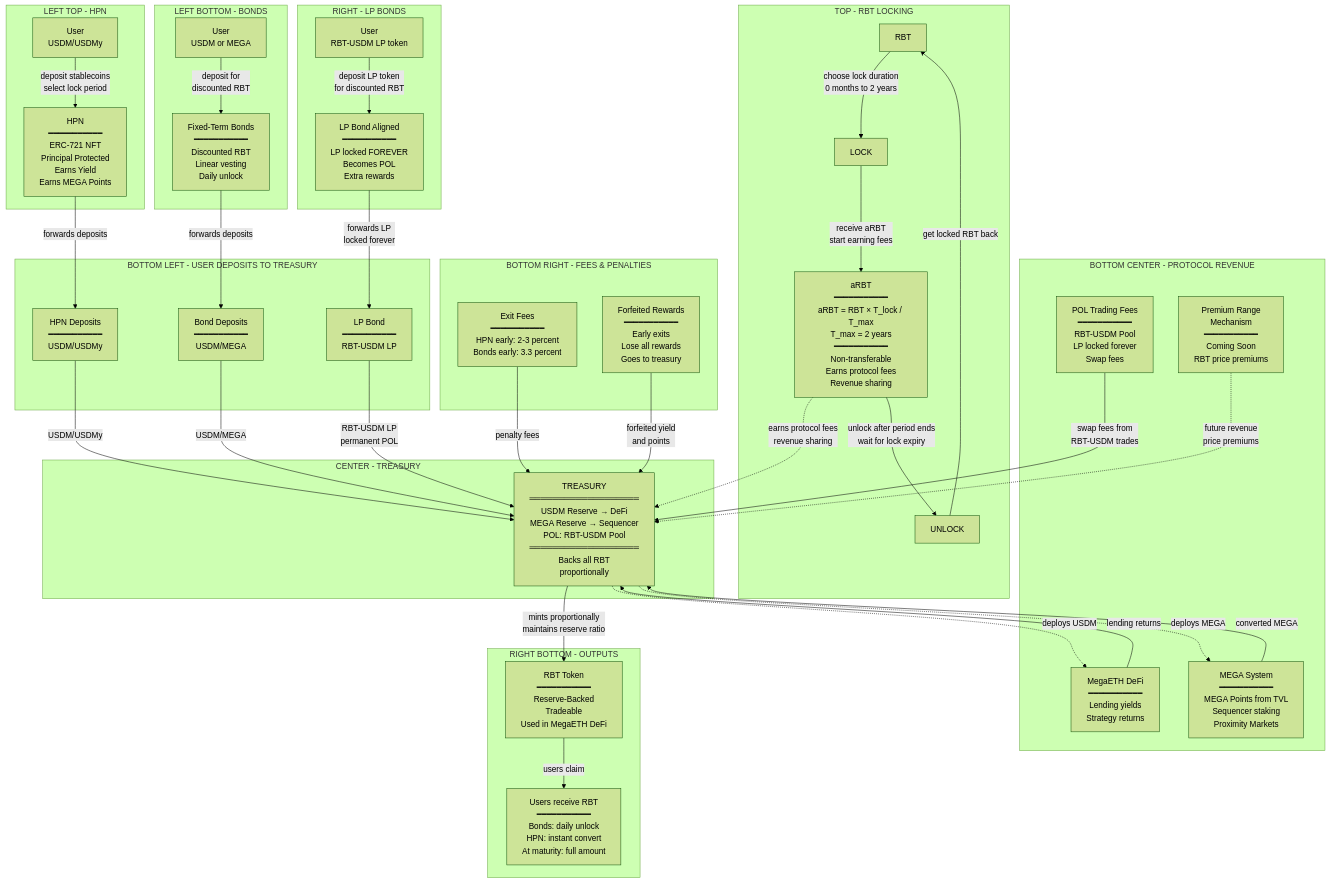
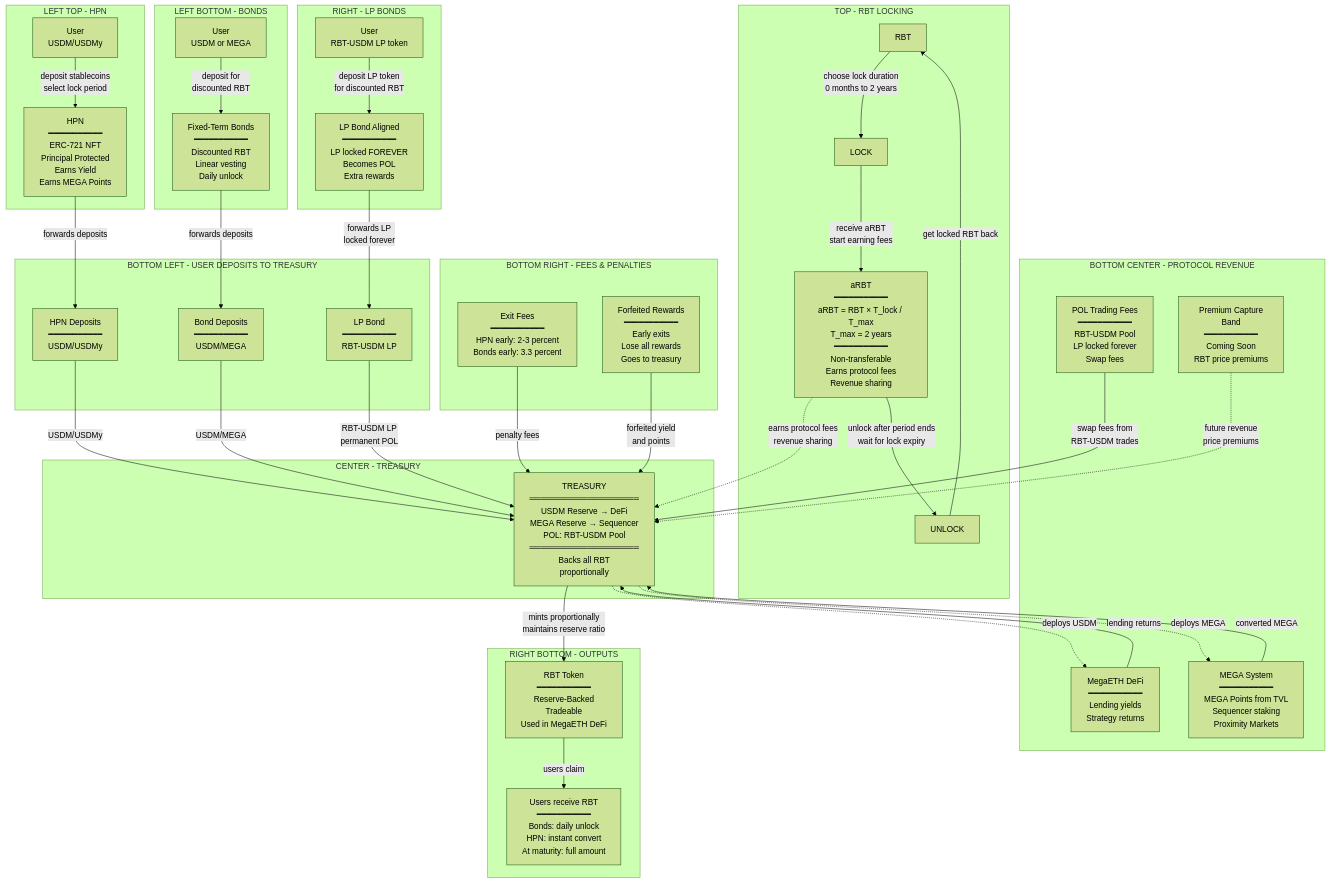
The first of 2 diagrams in blackhaven-complete-system.md (0xJaehaerys/ohmega), drawn with Mermaid (forest theme) before and after one commit. The commit also changed other lines of this file, not shown here.

Commit message:
Add detailed HPN diagram with all exit options and update PRM to PCB

```diff
--- a/blackhaven-complete-system.md
+++ b/blackhaven-complete-system.md
@@ -53,7 +53,7 @@
         YIELD_INCOME[MegaETH DeFi<br/>━━━━━━━━━━━<br/>Lending yields<br/>Strategy returns]
         POL_FEES[POL Trading Fees<br/>━━━━━━━━━━━<br/>RBT-USDM Pool<br/>LP locked forever<br/>Swap fees]
         MEGA_REWARDS[MEGA System<br/>━━━━━━━━━━━<br/>MEGA Points from TVL<br/>Sequencer staking<br/>Proximity Markets]
-        PRM[Premium Range<br/>Mechanism<br/>━━━━━━━━━━━<br/>Coming Soon<br/>RBT price premiums]
+        PCB[Premium Capture<br/>Band<br/>━━━━━━━━━━━<br/>Coming Soon<br/>RBT price premiums]
     end
     
     subgraph "BOTTOM RIGHT - FEES & PENALTIES"
@@ -82,7 +82,7 @@
     MEGA_REWARDS -->|converted MEGA| TREASURY
     EXIT_FEES -->|penalty fees| TREASURY
     FORFEIT -->|forfeited yield<br/>and points| TREASURY
-    PRM -.->|future revenue<br/>price premiums| TREASURY
+    PCB -.->|future revenue<br/>price premiums| TREASURY
     
     TREASURY -->|mints proportionally<br/>maintains reserve ratio| RBT_OUT
     
```
